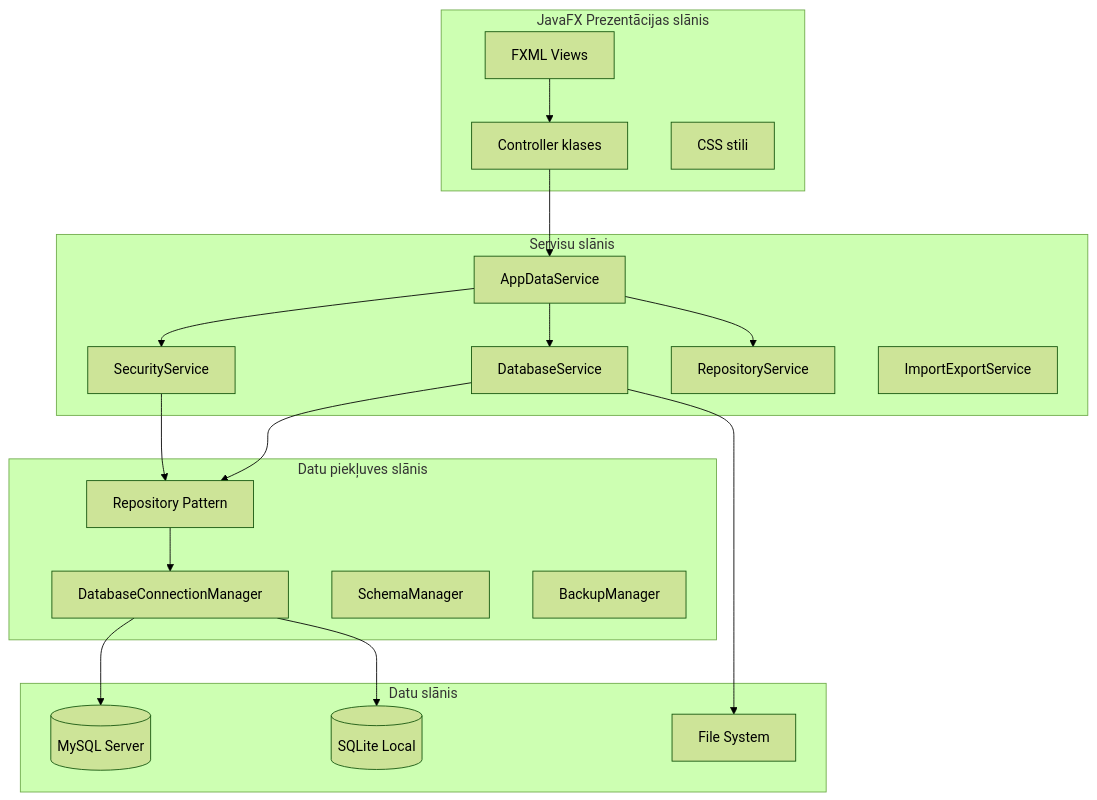
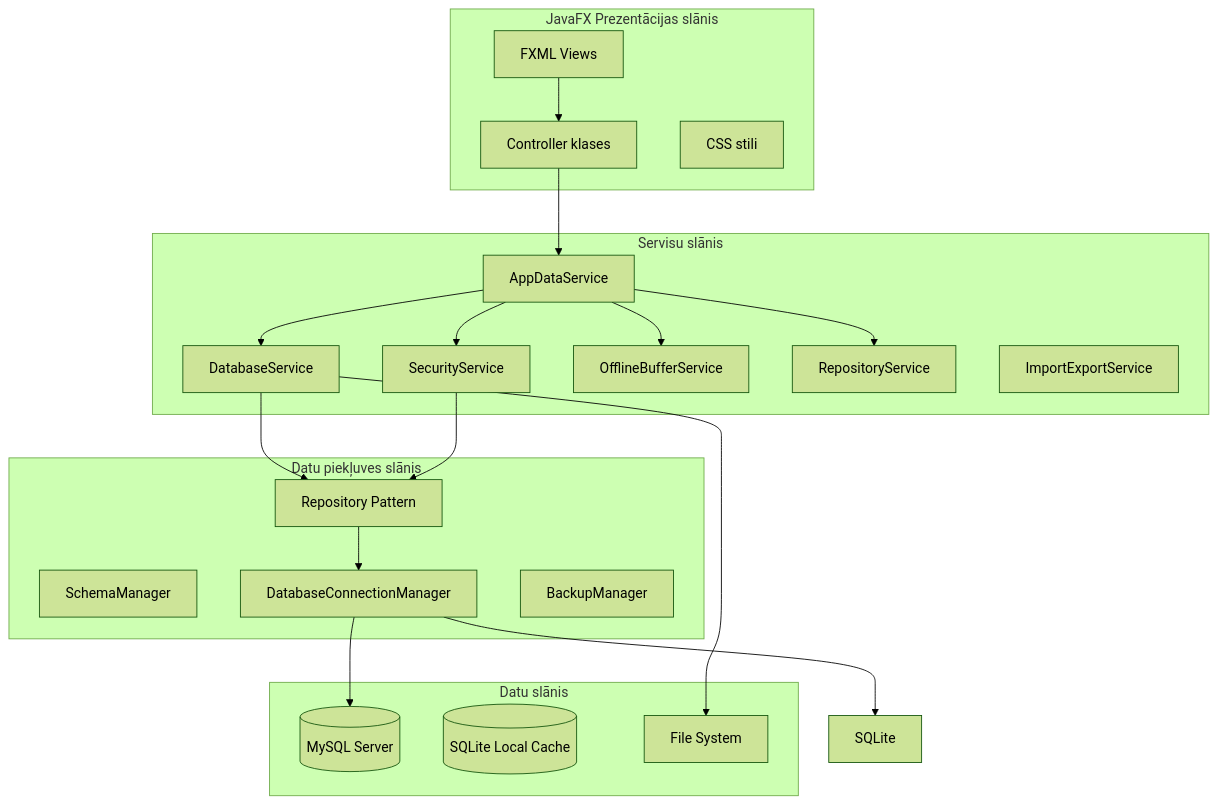
One commit to dawis86/SAPS changed the first of 3 diagrams in ARHITEKTURA.md. Above: the diagram before and after it, drawn with Mermaid (forest theme). The commit also changed other lines of this file and 5947 other files, not shown here.

````diff
--- a/ARHITEKTURA.md
+++ b/ARHITEKTURA.md
@@ -28,41 +35,44 @@
 ```mermaid
 graph TB
     subgraph "JavaFX Prezentācijas slānis"
         UI[FXML Views]
         Controllers[Controller klases]
         CSS[CSS stili]
     end
     
     subgraph "Servisu slānis"
         AppDataService[AppDataService]
         DatabaseService[DatabaseService]
         SecurityService[SecurityService]
+        OfflineBuffer[OfflineBufferService]
         RepositoryService[RepositoryService]
         ImportExportService[ImportExportService]
     end
     
     subgraph "Datu piekļuves slānis"
         Repositories[Repository Pattern]
+        SchemaManager[SchemaManager]
         ConnectionManager[DatabaseConnectionManager]
         SchemaManager[SchemaManager]
         BackupManager[BackupManager]
     end
     
     subgraph "Datu slānis"
         MySQL[(MySQL Server)]
-        SQLite[(SQLite Local)]
+        LocalDB[(SQLite Local Cache)]
         FileSystem[File System]
     end
     
     UI --> Controllers
     Controllers --> AppDataService
     AppDataService --> DatabaseService
+    AppDataService --> OfflineBuffer
     AppDataService --> SecurityService
     AppDataService --> RepositoryService
     DatabaseService --> Repositories
     SecurityService --> Repositories
     Repositories --> ConnectionManager
     ConnectionManager --> MySQL
     ConnectionManager --> SQLite
     DatabaseService --> FileSystem
 ```
````
